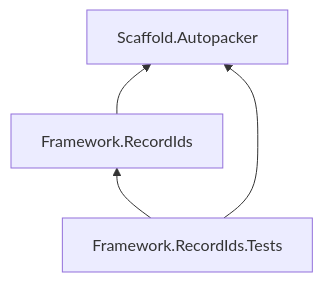
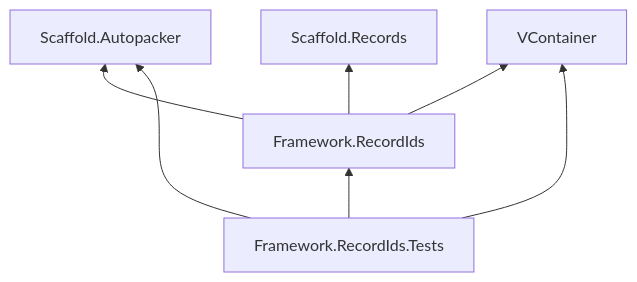
One commit to MgCohen/Card-Framework changed the diagram in Product/spikes/infra-record-ids.md. Above: the diagram before and after it, drawn with Mermaid. The commit also changed other lines of this file, not shown here.

````diff
--- a/Product/spikes/infra-record-ids.md
+++ b/Product/spikes/infra-record-ids.md
@@ -422,6 +446,9 @@
 ```mermaid
 flowchart BT
   R["Framework.RecordIds"] --> AP["Scaffold.Autopacker"]
+  R --> SR["Scaffold.Records"]
+  R --> VC["VContainer"]
   T["Framework.RecordIds.Tests"] --> R
   T --> AP
+  T --> VC
 ```
````
